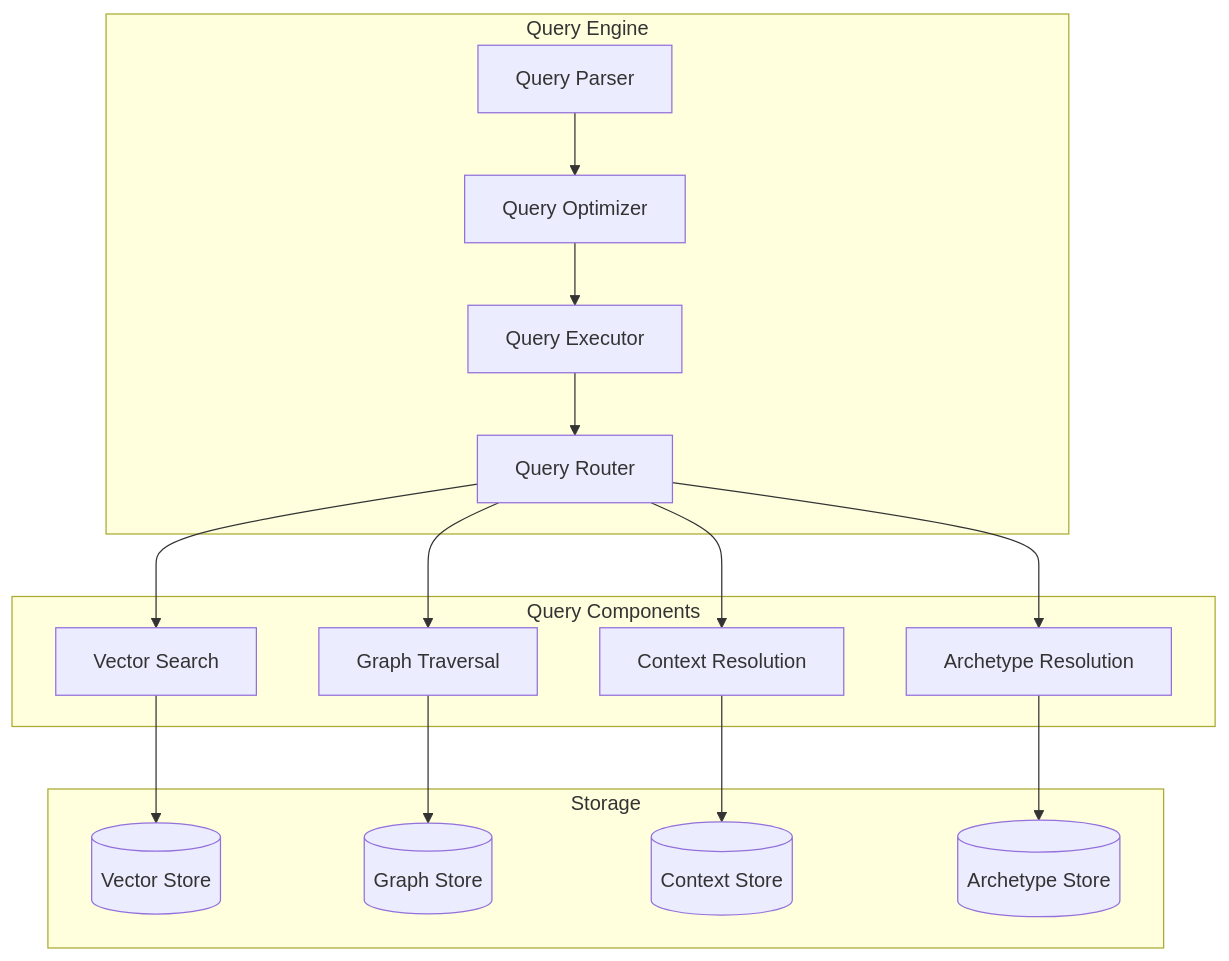
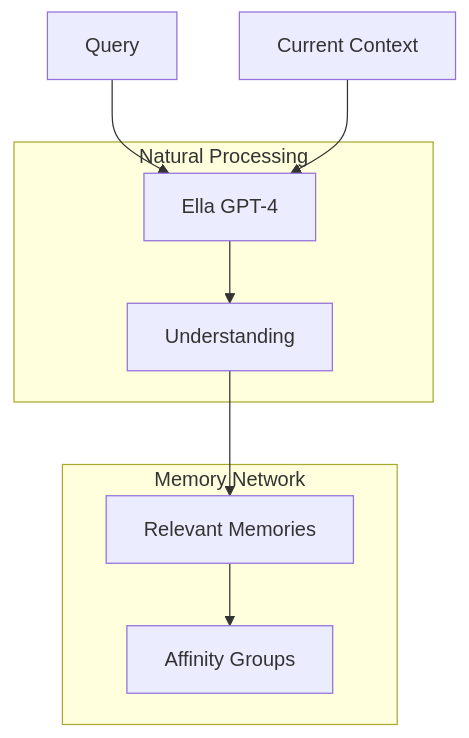
One commit to lanethefox/ProjectEUMAS changed the diagram in docs/components/query.md. Above: the diagram before and after it, drawn with Mermaid. The commit also changed other lines of this file and 3 other files, not shown here.

````diff
--- a/docs/components/query.md
+++ b/docs/components/query.md
@@ -9,35 +10,18 @@
 ```mermaid
 graph TD
-    subgraph Query Engine
-        QP[Query Parser]
-        QO[Query Optimizer]
-        QE[Query Executor]
-        QR[Query Router]
+    Q[Query] --> E[Ella GPT-4]
+    C[Current Context] --> E
+    E --> U[Understanding]
+    U --> R[Relevant Memories]
+    R --> A[Affinity Groups]
+    
+    subgraph "Natural Processing"
+        E
+        U
     end
-
-    subgraph Query Components
-        VS[Vector Search]
-        GT[Graph Traversal]
-        CR[Context Resolution]
-        AR[Archetype Resolution]
+    
+    subgraph "Memory Network"
+        R
+        A
     end
-
-    subgraph Storage
-        VDB[(Vector Store)]
-        GDB[(Graph Store)]
-        CDB[(Context Store)]
-        ADB[(Archetype Store)]
-    end
-
-    QP --> QO
-    QO --> QE
-    QE --> QR
-    QR --> VS
-    QR --> GT
-    QR --> CR
-    QR --> AR
-    VS --> VDB
-    GT --> GDB
-    CR --> CDB
-    AR --> ADB
 ```
````
